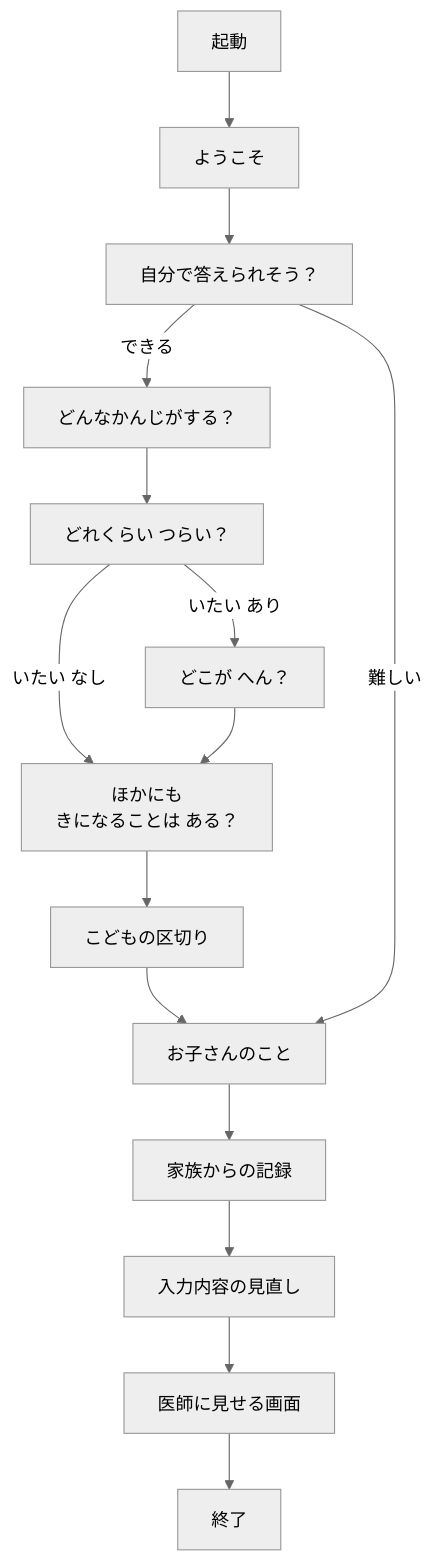
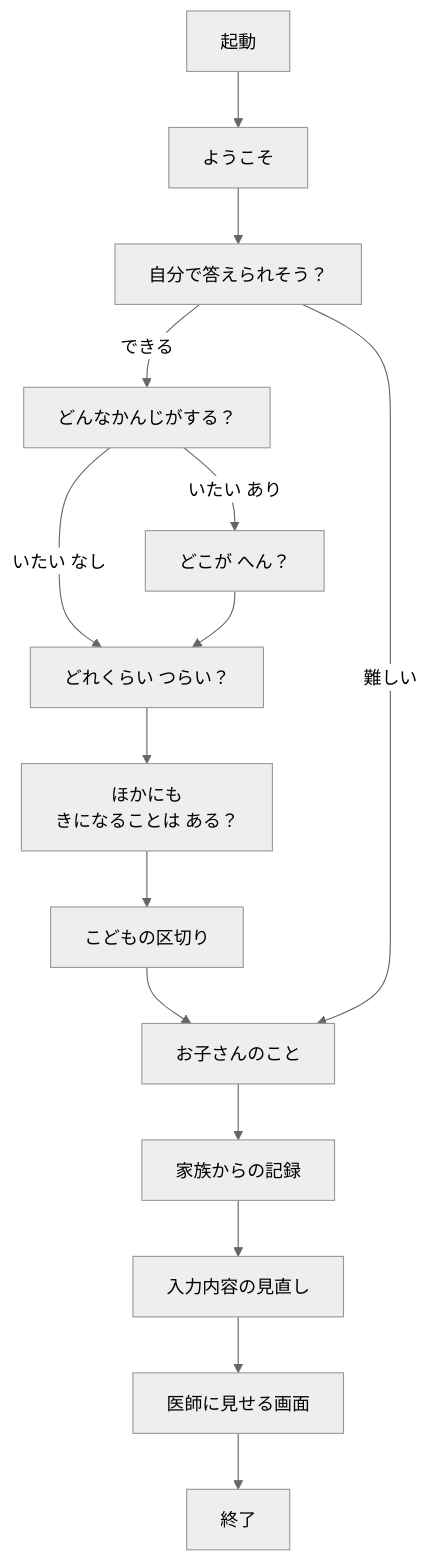
Before and after one commit to Devfest-Hackathon-2026/df-2026-t188: the first of 2 diagrams in README.md, drawn with Mermaid (neutral theme). The commit also changed other lines of this file and 6 other files, not shown here.

Commit message:
こどもの画面を「どんなかんじ → どこが へん → どれくらい つらい → ほかにも」の順にする

````diff
--- a/README.md
+++ b/README.md
@@ -47,17 +47,17 @@
 ```mermaid
 flowchart TD
   S["起動"] --> A["ようこそ"]
   A --> B["自分で答えられそう？"]
   B -- "できる" --> C1["どんなかんじがする？"]
-  C1 --> C2["どれくらい つらい？"]
-  C2 -- "いたい あり" --> C3["どこが へん？"]
-  C2 -- "いたい なし" --> C4["ほかにも<br/>きになることは ある？"]
-  C3 --> C4
+  C1 -- "いたい あり" --> C3["どこが へん？"]
+  C1 -- "いたい なし" --> C2["どれくらい つらい？"]
+  C3 --> C2
+  C2 --> C4["ほかにも<br/>きになることは ある？"]
   C4 --> K["こどもの区切り"]
   K --> D1["お子さんのこと"]
   B -- "難しい" --> D1
   D1 --> D2["家族からの記録"]
   D2 --> E["入力内容の見直し"]
   E --> F["医師に見せる画面"]
   F --> G["終了"]
 ```
````
